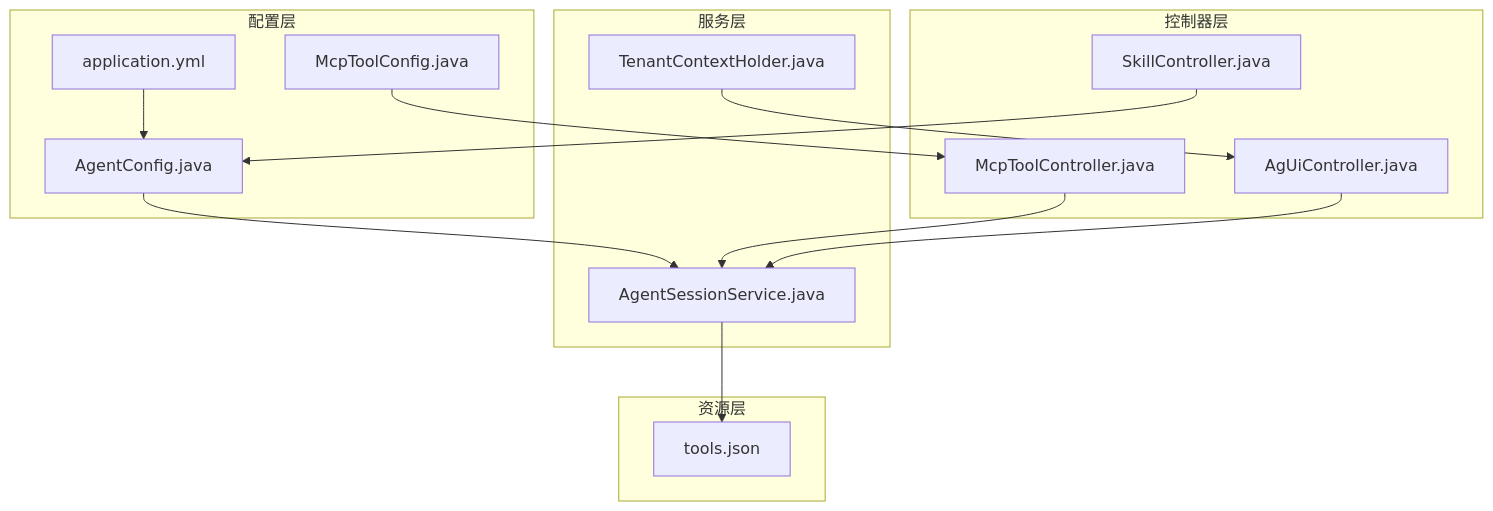
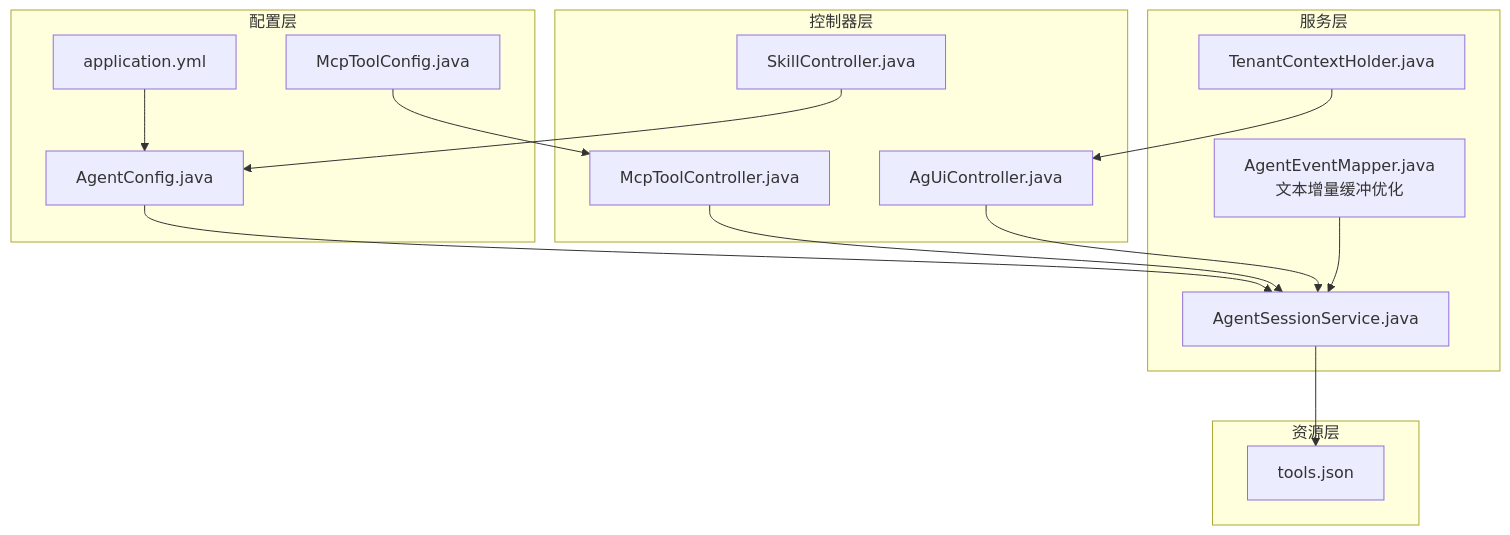
Before and after one commit to mengqiang81/agentic: the first of 10 diagrams in .qoder/repowiki/zh/content/配置管理/MCP 工具配置.md, drawn with Mermaid. The commit also changed other lines of this file and 29 other files, not shown here.

````diff
--- a/.qoder/repowiki/zh/content/配置管理/MCP 工具配置.md
+++ b/.qoder/repowiki/zh/content/配置管理/MCP 工具配置.md
@@ -43,28 +51,30 @@
 ```mermaid
 graph TB
 subgraph "配置层"
 CFG1["McpToolConfig.java"]
 CFG2["AgentConfig.java"]
 CFG3["application.yml"]
 end
 subgraph "控制器层"
 CTRL1["McpToolController.java"]
 CTRL2["SkillController.java"]
 CTRL3["AgUiController.java"]
 end
 subgraph "服务层"
 SVC1["AgentSessionService.java"]
 SVC2["TenantContextHolder.java"]
+EVENTMAP["AgentEventMapper.java<br/>文本增量缓冲优化"]
 end
 subgraph "资源层"
 RES1["tools.json"]
 end
 CFG1 --> CTRL1
 CFG2 --> SVC1
 CFG3 --> CFG2
 CTRL1 --> SVC1
 CTRL2 --> CFG2
 CTRL3 --> SVC1
 SVC1 --> RES1
 SVC2 --> CTRL3
+EVENTMAP --> SVC1
 ```
````
